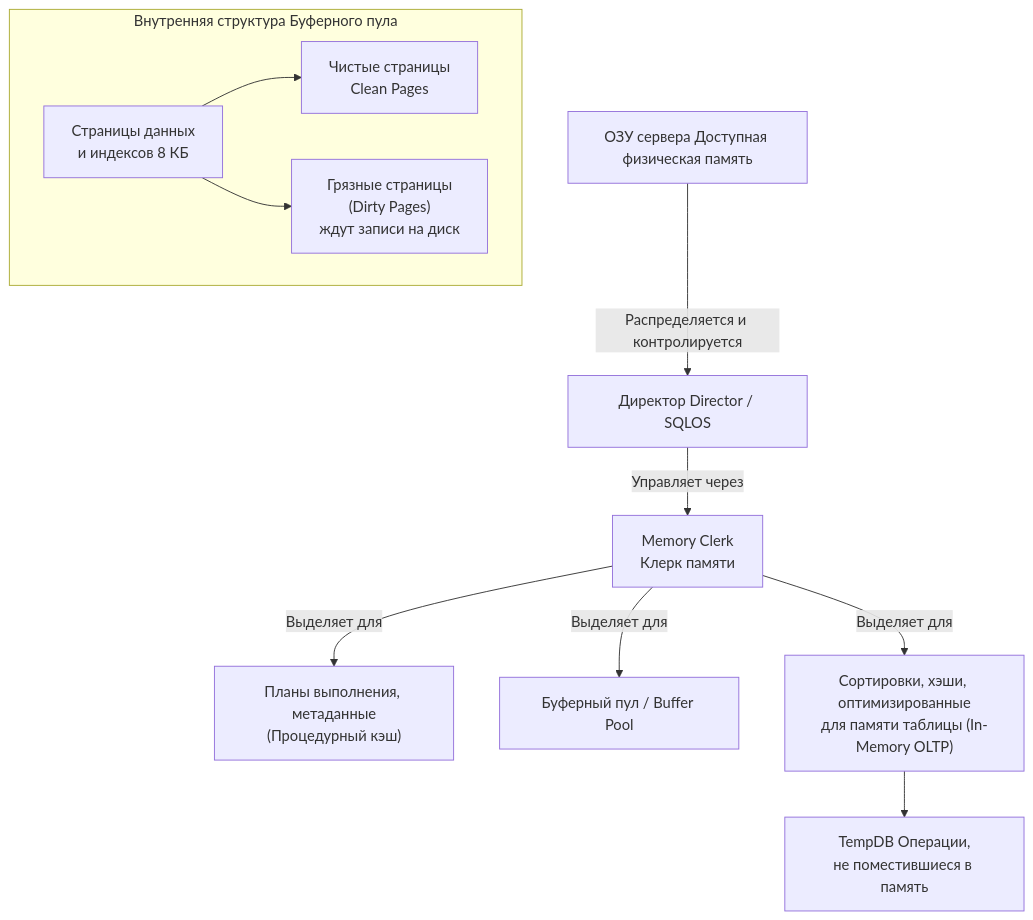
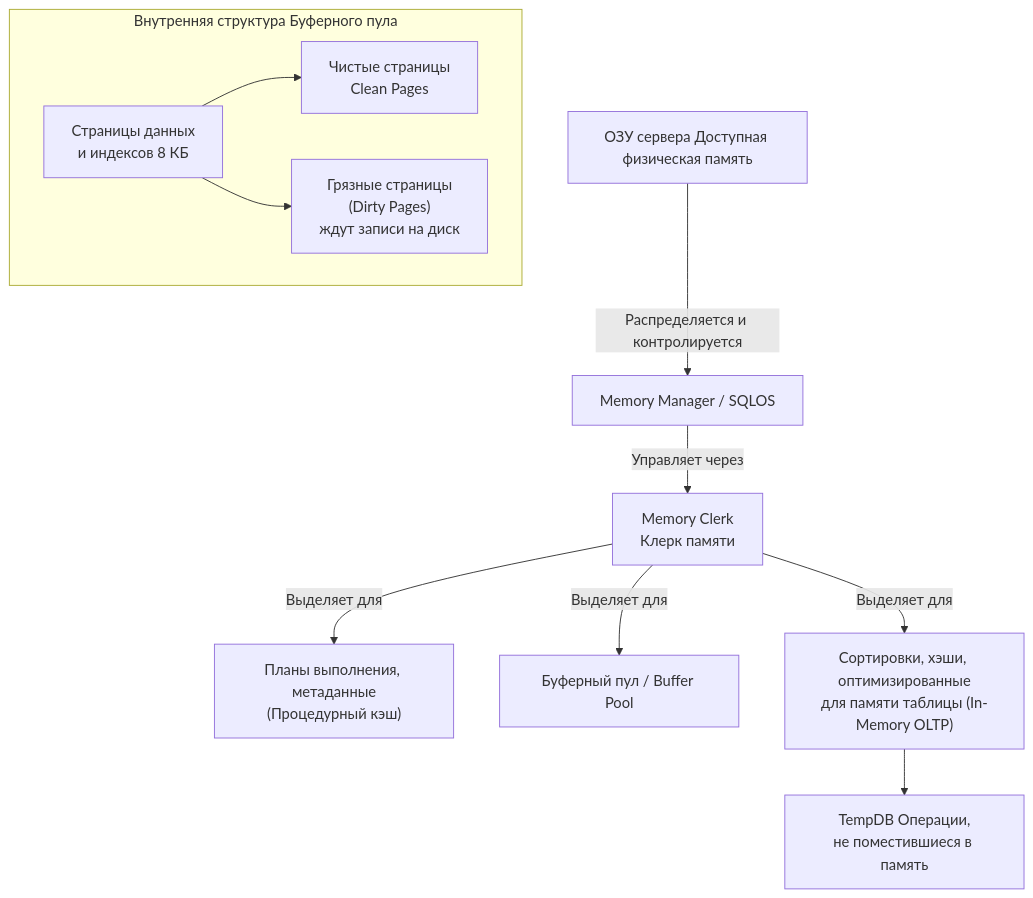
Before and after one commit to AV-ghub/MSSQL: the diagram in FAQ/017 Структура памяти.md, drawn with Mermaid.

Commit message:
Update 017 Структура памяти.md

````diff
--- a/FAQ/017 Структура памяти.md
+++ b/FAQ/017 Структура памяти.md
@@ -5,18 +5,18 @@
 ```mermaid
 flowchart TD
-    A[ОЗУ сервера Доступная физическая память] --> |Распределяется и контролируется| B[Директор Director / SQLOS]
+    A[ОЗУ сервера Доступная физическая память] --> |Распределяется и контролируется| B[Memory Manager / SQLOS]
 
     B -->|Управляет через| C[Memory Clerk<br>Клерк памяти]
     
     C -->|Выделяет для| D["Планы выполнения, метаданные<br>(Процедурный кэш)"]
     C -->|Выделяет для| E[Буферный пул / Buffer Pool]
     C -->|Выделяет для| F["Сортировки, хэши, оптимизированные<br>для памяти таблицы (In-Memory OLTP)"]
 
     subgraph E_sub [Внутренняя структура Буферного пула]
         direction LR
         E1[Страницы данных<br>и индексов 8 КБ] --> E2[Чистые страницы<br>Clean Pages]
         E1 --> E3["Грязные страницы<br>(Dirty Pages)<br>ждут записи на диск"]
     end
     
     F --> G[TempDB Операции,<br>не поместившиеся в память]
 ```
````
